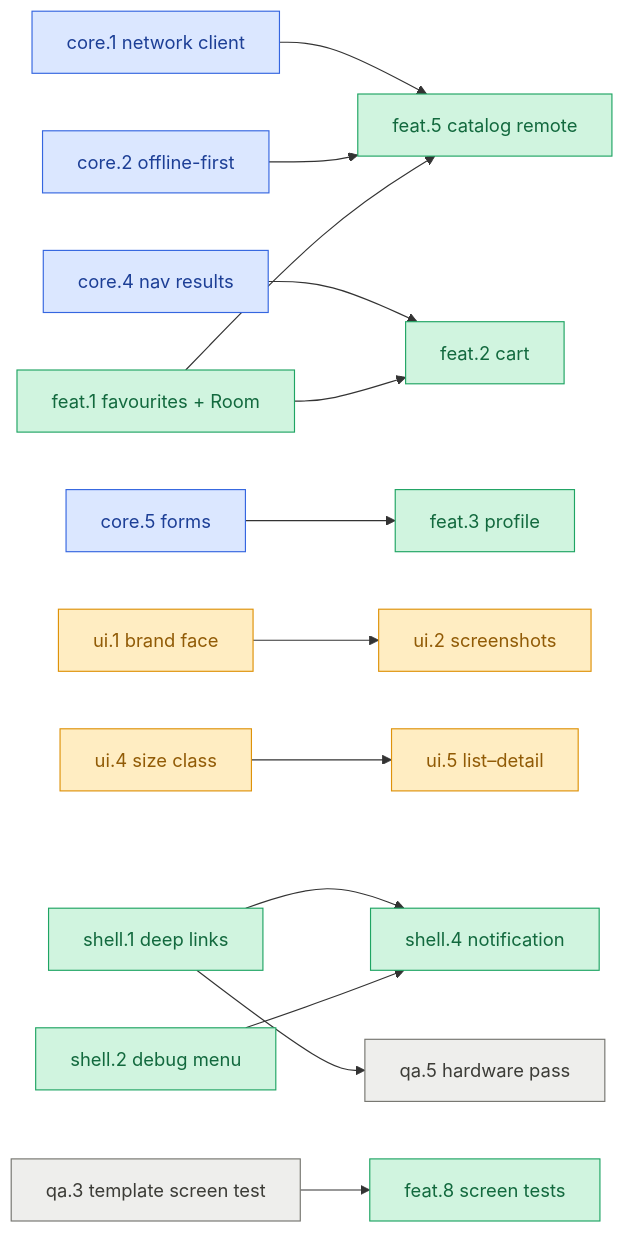
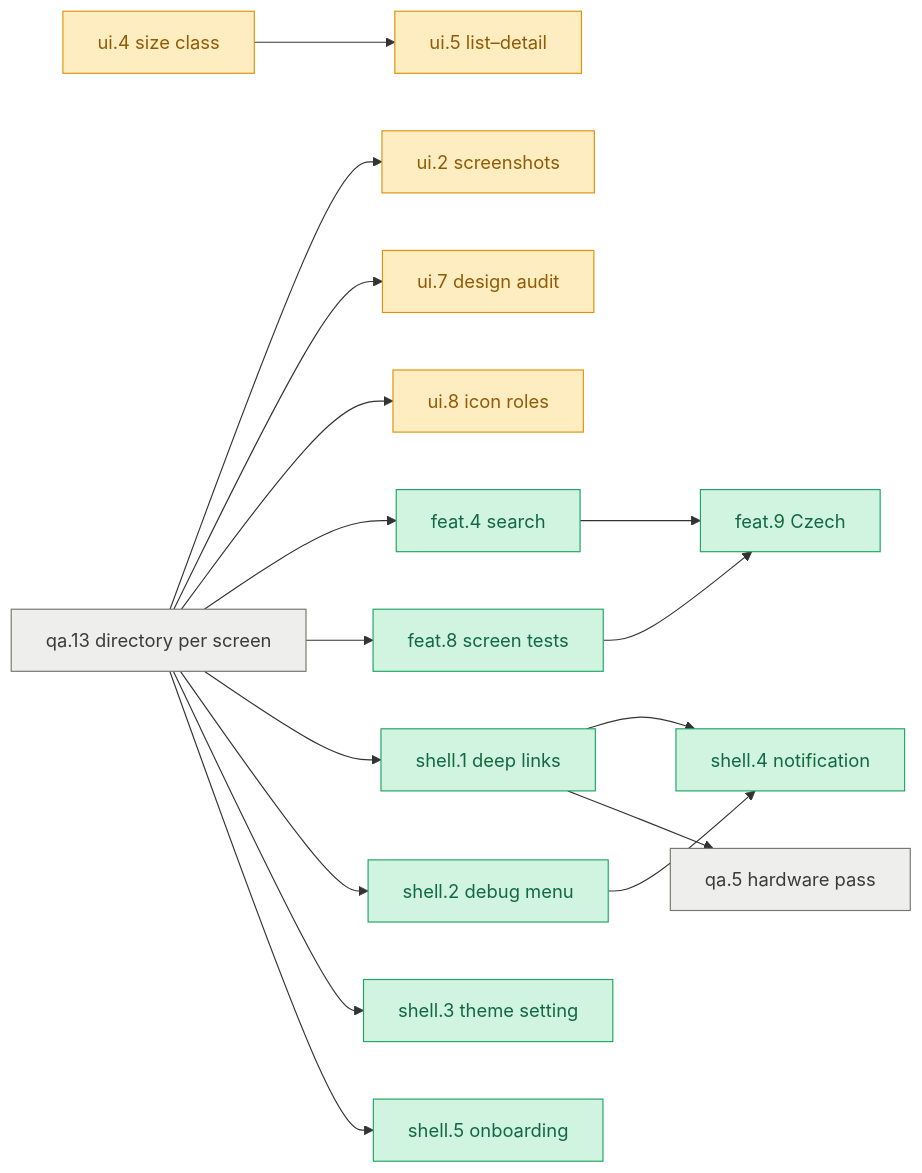
Before and after one commit to TomasBozek/AndroidProject1: the diagram in docs/PLAN.md, drawn with Mermaid. The commit also changed other lines of this file and 4 other files, not shown here.

````diff
--- a/docs/PLAN.md
+++ b/docs/PLAN.md
@@ -161,39 +107,38 @@
 ```mermaid
 flowchart LR
-  classDef core fill:#DBE7FF,stroke:#3566E0,color:#1D3F96
   classDef ui fill:#FFEDC2,stroke:#DE9209,color:#915B06
   classDef app fill:#D0F4DF,stroke:#1FA463,color:#12693E
   classDef qa fill:#EEEEEC,stroke:#75756F,color:#3C3C37
 
-  core1[core.1 network client]:::core
-  core2[core.2 offline-first]:::core
-  core4[core.4 nav results]:::core
-  core5[core.5 forms]:::core
-  ui1[ui.1 brand face]:::ui
+  qa13[qa.13 directory per screen]:::qa
   ui2[ui.2 screenshots]:::ui
   ui4[ui.4 size class]:::ui
   ui5[ui.5 list–detail]:::ui
+  ui7[ui.7 design audit]:::ui
+  ui8[ui.8 icon roles]:::ui
   shell1[shell.1 deep links]:::app
   shell2[shell.2 debug menu]:::app
+  shell3[shell.3 theme setting]:::app
   shell4[shell.4 notification]:::app
-  feat1[feat.1 favourites + Room]:::app
-  feat2[feat.2 cart]:::app
-  feat3[feat.3 profile]:::app
-  feat5[feat.5 catalog remote]:::app
+  shell5[shell.5 onboarding]:::app
+  feat4[feat.4 search]:::app
   feat8[feat.8 screen tests]:::app
-  qa3[qa.3 template screen test]:::qa
+  feat9[feat.9 Czech]:::app
   qa5[qa.5 hardware pass]:::qa
 
-  core1 --> feat5
-  core2 --> feat5
-  feat1 --> feat5
-  core4 --> feat2
-  feat1 --> feat2
-  core5 --> feat3
-  ui1 --> ui2
+  qa13 --> ui2
+  qa13 --> ui7
+  qa13 --> ui8
+  qa13 --> feat4
+  qa13 --> feat8
+  qa13 --> shell1
+  qa13 --> shell2
+  qa13 --> shell3
+  qa13 --> shell5
   ui4 --> ui5
   shell1 --> shell4
   shell2 --> shell4
   shell1 --> qa5
-  qa3 --> feat8
+  feat4 --> feat9
+  feat8 --> feat9
 ```
````
